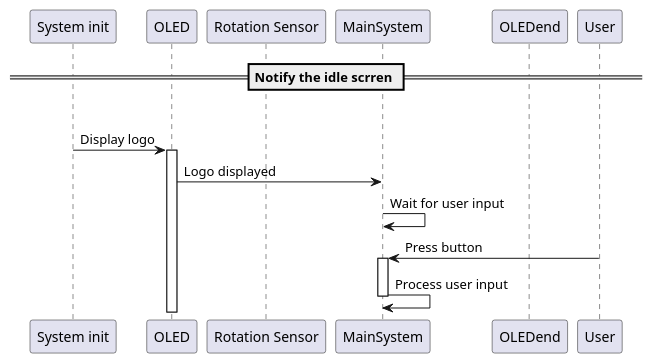
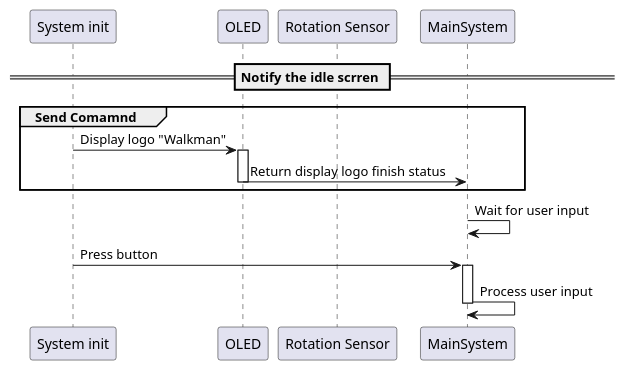
The diagram in Documents/Seqence_diagram/2_system_idle_screen.wsd (toannguyentien-itr-intern/MP3_Player), drawn with PlantUML before and after one commit.

Commit message:
Update the the group notify by buzzer

```diff
--- a/Documents/Seqence_diagram/2_system_idle_screen.wsd
+++ b/Documents/Seqence_diagram/2_system_idle_screen.wsd
@@ -1,22 +1,22 @@
 @startuml
 
 participant "System init"   as    System_init
 participant "OLED" as OLED
 participant "Rotation Sensor" as RotationSensor
 
 == Notify the idle scrren ==
 
 group Send Comamnd
-System_init -> OLED: Display logo
+System_init -> OLED: Display logo "Walkman"
 activate OLED
-OLED -> MainSystem: Logo displayed
-deactivate OLED\
+OLED -> MainSystem: Return display logo finish status
+deactivate OLED
 end
 
 MainSystem -> MainSystem: Wait for user input
 
-User -> MainSystem: Press button
+System_init -> MainSystem: Press button
 activate MainSystem
 MainSystem -> MainSystem: Process user input
 deactivate MainSystem
 @enduml
```
